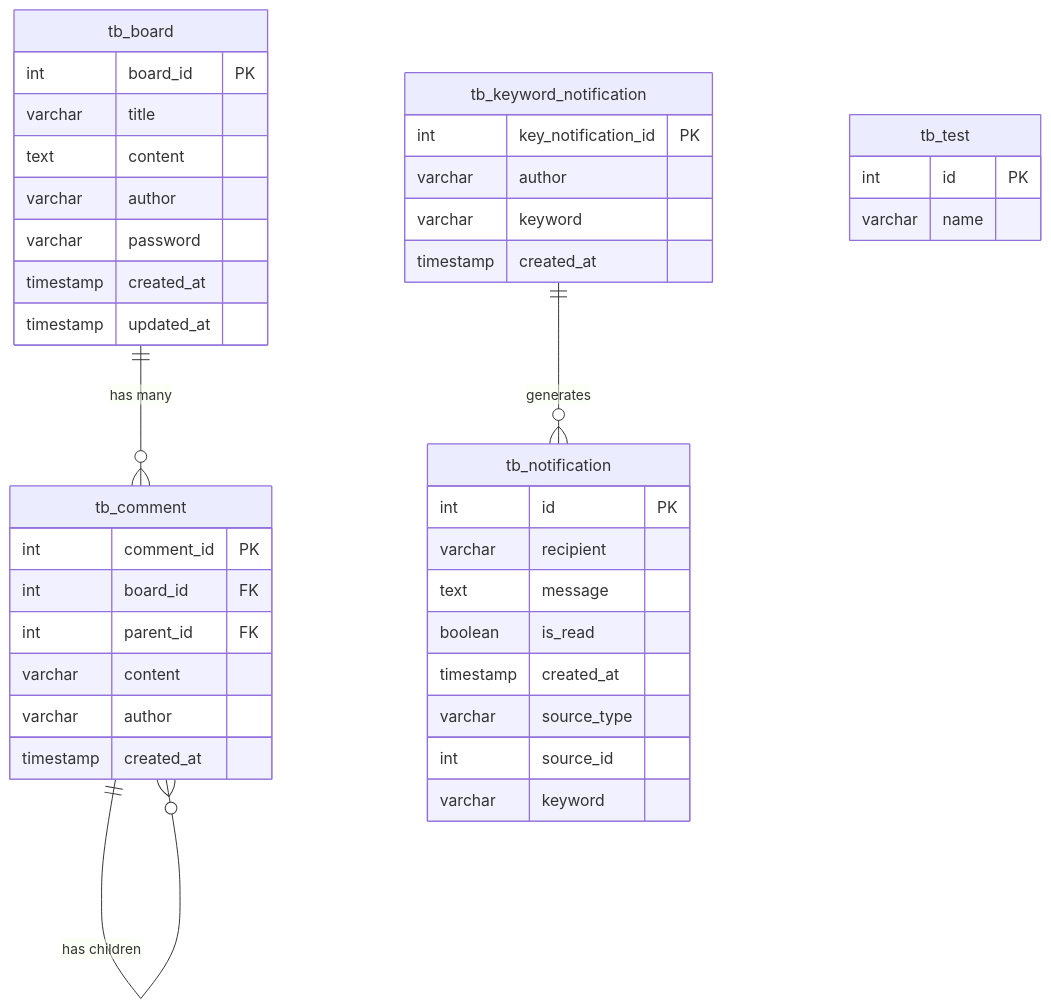
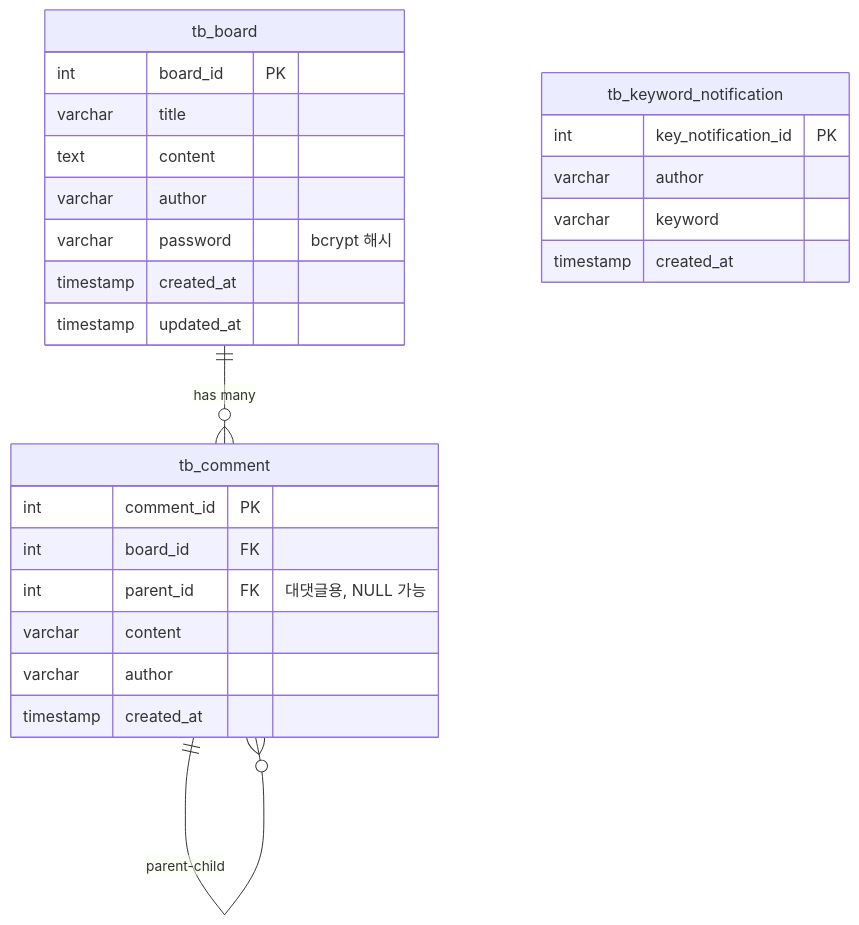
The diagram in ssot/03_Database_Schema.md (kimhyosung1/toy-project), drawn with Mermaid before and after one commit. The commit also changed other lines of this file and 17 other files, not shown here.

````diff
--- a/ssot/03_Database_Schema.md
+++ b/ssot/03_Database_Schema.md
@@ -221,48 +53,31 @@
 ```mermaid
 erDiagram
     tb_board ||--o{ tb_comment : "has many"
-    tb_comment ||--o{ tb_comment : "has children"
-    tb_keyword_notification ||--o{ tb_notification : "generates"
+    tb_comment ||--o{ tb_comment : "parent-child"
 
     tb_board {
         int board_id PK
         varchar title
         text content
         varchar author
-        varchar password
+        varchar password "bcrypt 해시"
         timestamp created_at
         timestamp updated_at
     }
 
     tb_comment {
         int comment_id PK
         int board_id FK
-        int parent_id FK
+        int parent_id FK "대댓글용, NULL 가능"
         varchar content
         varchar author
         timestamp created_at
     }
 
     tb_keyword_notification {
         int key_notification_id PK
         varchar author
         varchar keyword
         timestamp created_at
     }
-
-    tb_notification {
-        int id PK
-        varchar recipient
-        text message
-        boolean is_read
-        timestamp created_at
-        varchar source_type
-        int source_id
-        varchar keyword
-    }
-
-    tb_test {
-        int id PK
-        varchar name
-    }
 ```
````
